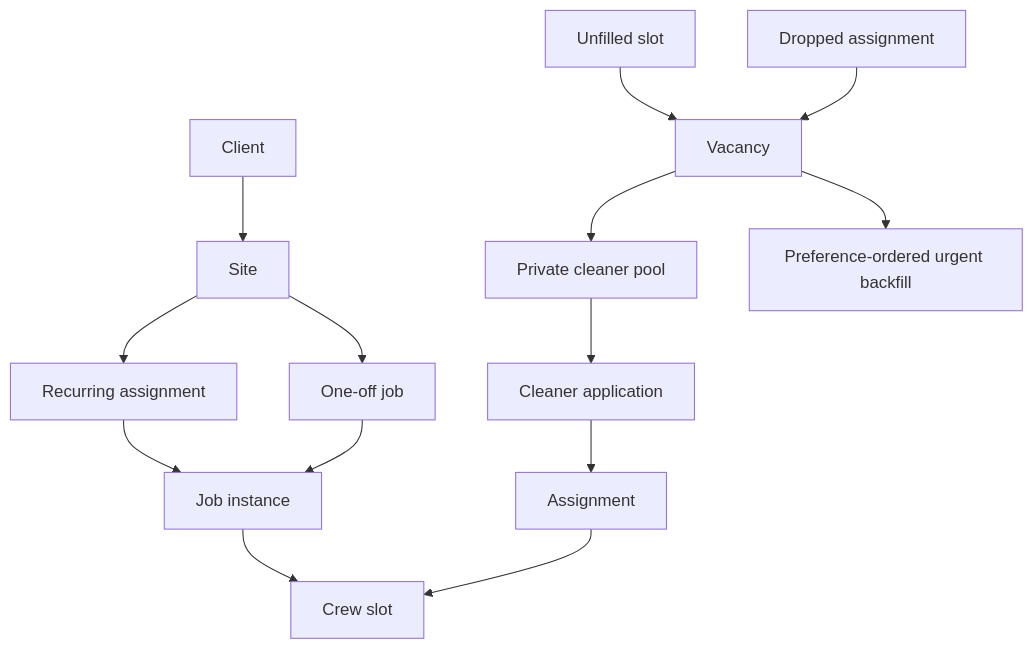
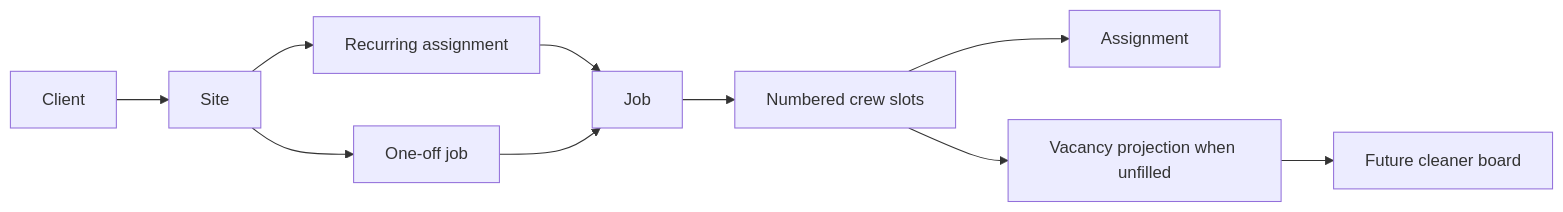
One commit to lspinheiro/clean_app_crm changed the diagram in openwiki/product/domain-model.md. Above: the diagram before and after it, drawn with Mermaid. The commit also changed other lines of this file and 24 other files, not shown here.

````diff
--- a/openwiki/product/domain-model.md
+++ b/openwiki/product/domain-model.md
@@ -18,16 +22,12 @@
 ```mermaid
-flowchart TD
-    Client["Client"] --> Site["Site"]
+flowchart LR
+    Client --> Site
     Site --> Recurring["Recurring assignment"]
-    Recurring --> Job["Job instance"]
+    Recurring --> Job
     Site --> OneOff["One-off job"]
     OneOff --> Job
-    Job --> Slot["Crew slot"]
-    Gap["Unfilled slot"] --> Vacancy["Vacancy"]
-    Dropout["Dropped assignment"] --> Vacancy
-    Vacancy --> Pool["Private cleaner pool"]
-    Vacancy --> Cascade["Preference-ordered urgent backfill"]
-    Pool --> Application["Cleaner application"]
-    Application --> Assignment["Assignment"]
-    Assignment --> Slot
+    Job --> Slots["Numbered crew slots"]
+    Slots --> Assignment
+    Slots --> Vacancy["Vacancy projection when unfilled"]
+    Vacancy --> Board["Future cleaner board"]
 ```
````
